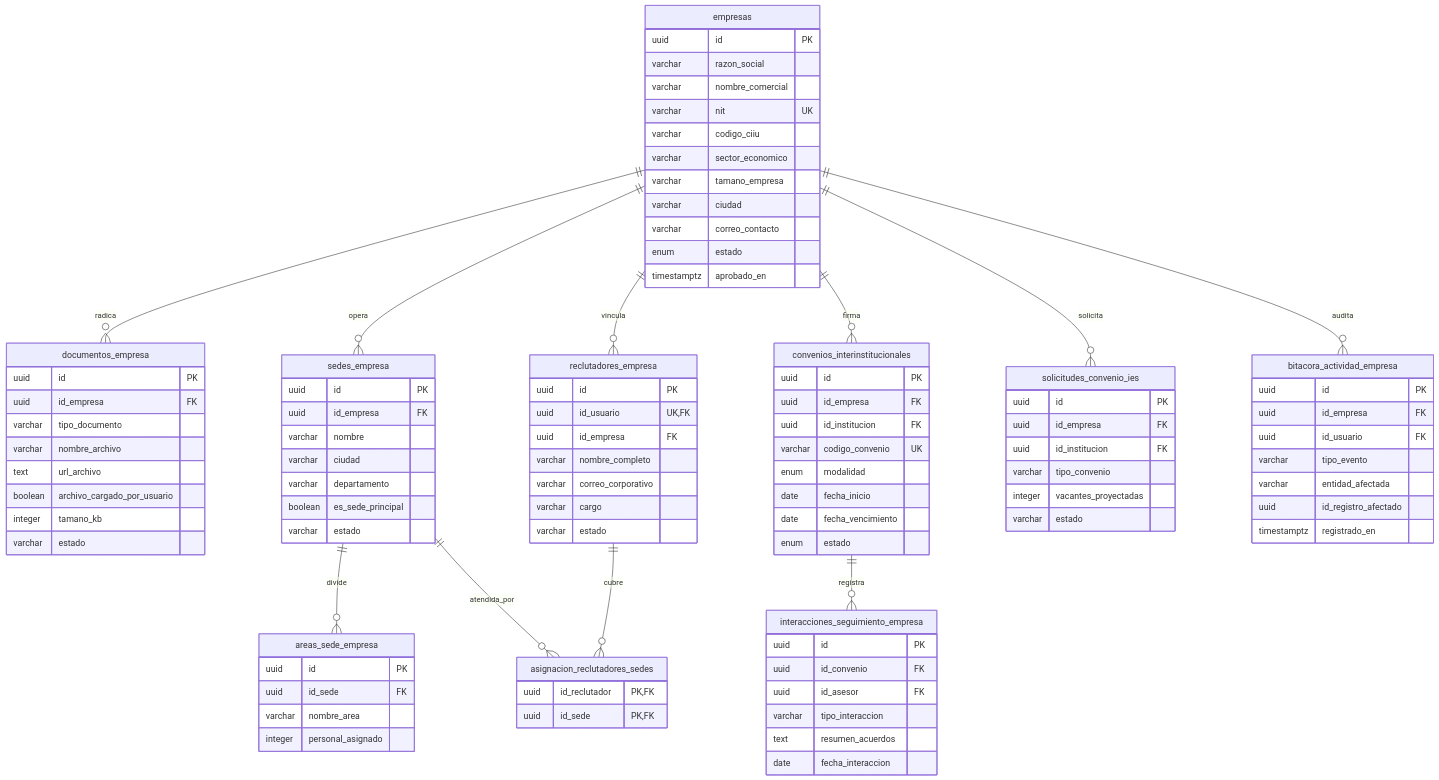
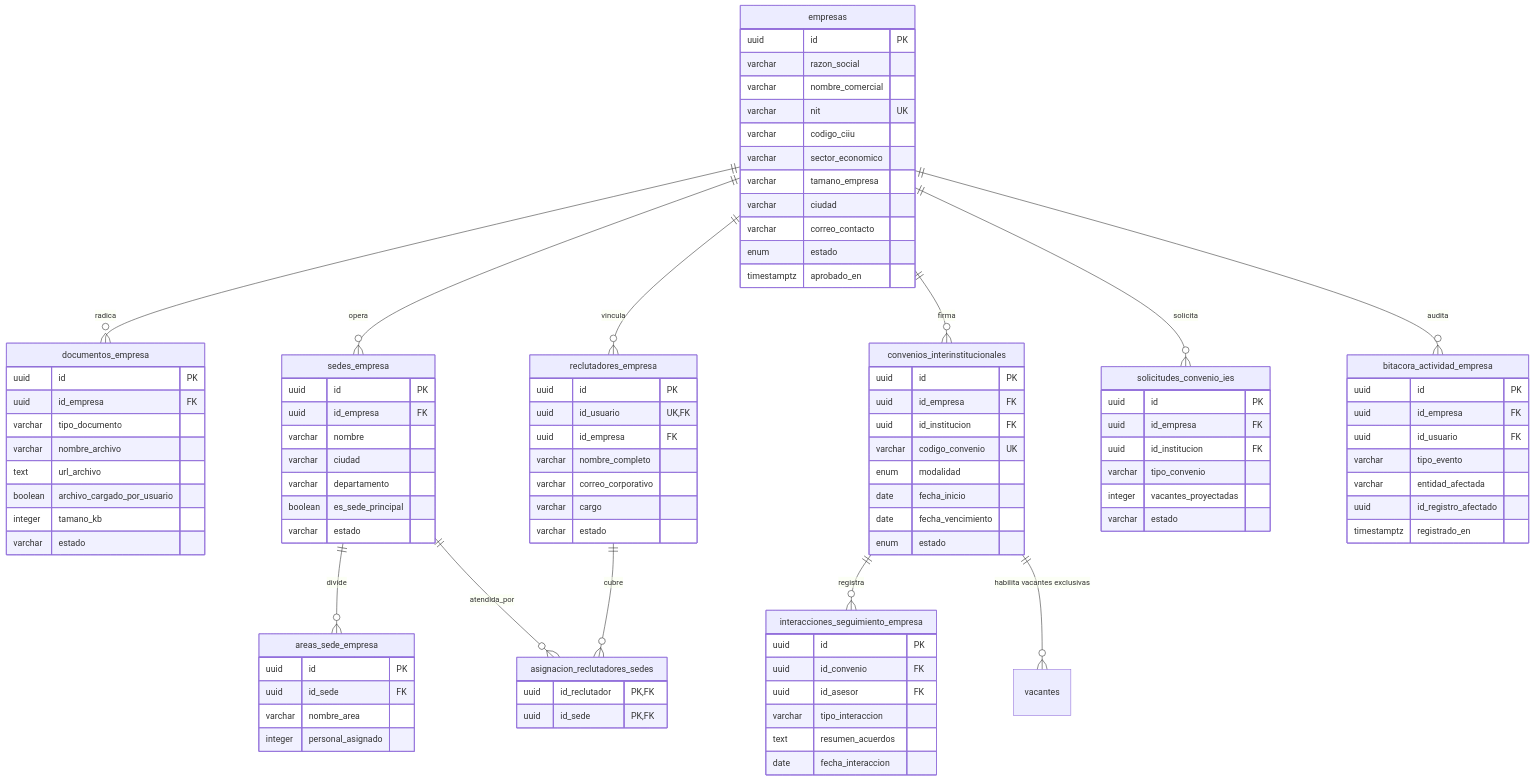
Before and after one commit to JaiderBadillo/Vincula: the fourth of 7 diagrams in docs/diagrama_base_datos_vincula.md, drawn with Mermaid. The commit also changed other lines of this file and 2 other files, not shown here.

First line of the commit message:
fix(convenios): compare the agreement state with a literal (Postgres enum); update the ERD

````diff
--- a/docs/diagrama_base_datos_vincula.md
+++ b/docs/diagrama_base_datos_vincula.md
@@ -350,5 +350,6 @@
     empresas ||--o{ convenios_interinstitucionales : "firma"
     empresas ||--o{ solicitudes_convenio_ies : "solicita"
     convenios_interinstitucionales ||--o{ interacciones_seguimiento_empresa : "registra"
+    convenios_interinstitucionales ||--o{ vacantes : "habilita vacantes exclusivas"
     empresas ||--o{ bitacora_actividad_empresa : "audita"
 ```
````
